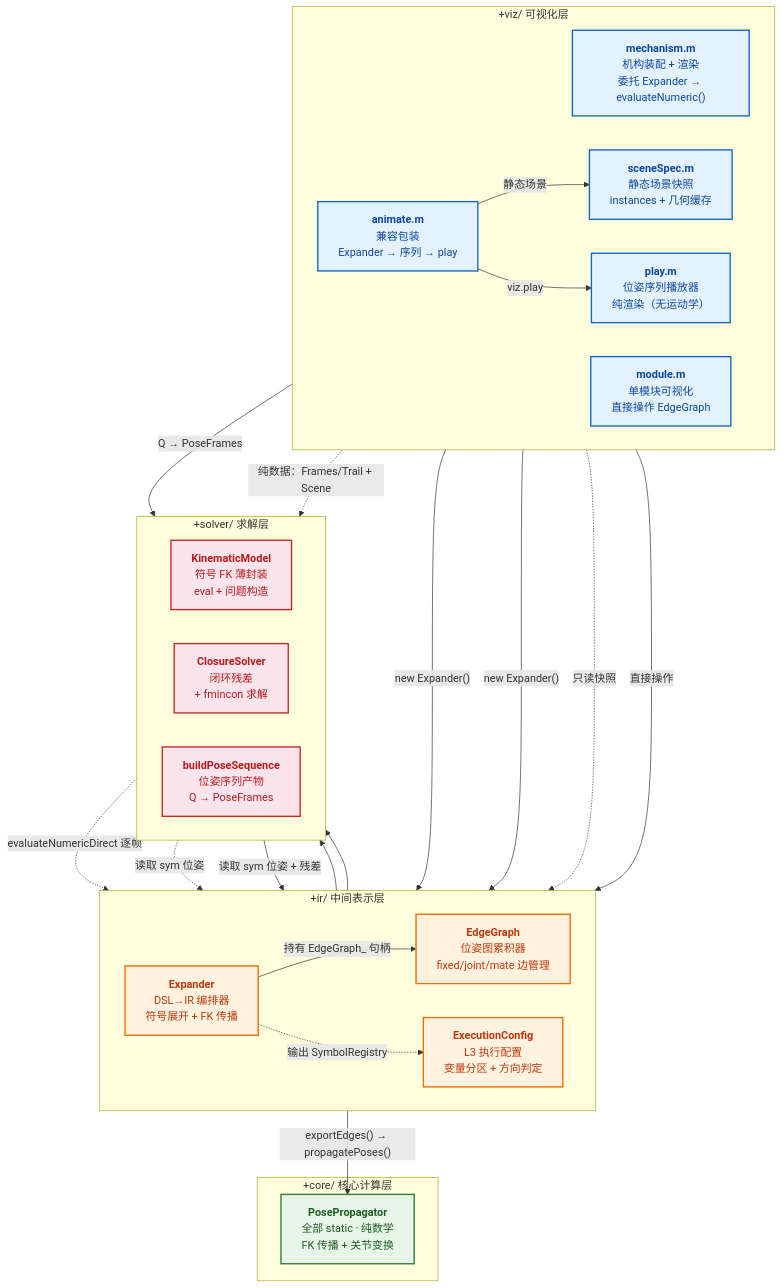
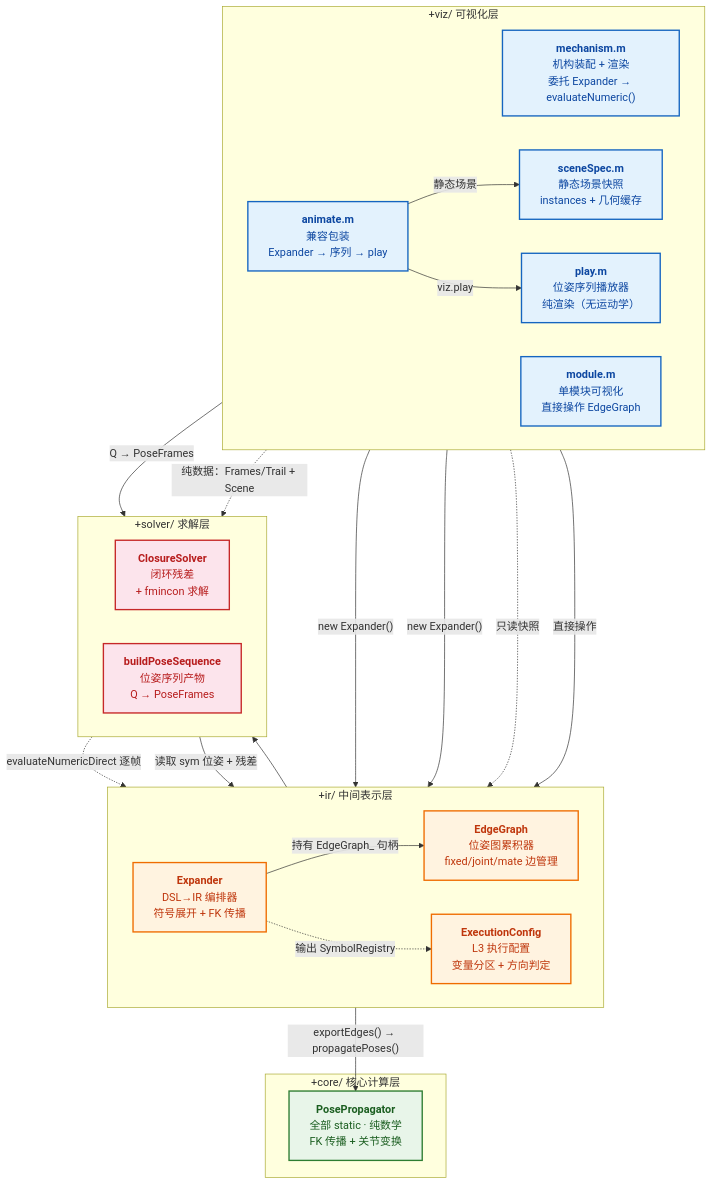
One commit to Axiom117/mrex_symbolic_kinematics changed the first of 6 diagrams in scripts/matlab/ARCHITECTURE.md. Above: the diagram before and after it, drawn with Mermaid. The commit also changed other lines of this file and 17 other files, not shown here.

````diff
--- a/scripts/matlab/ARCHITECTURE.md
+++ b/scripts/matlab/ARCHITECTURE.md
@@ -8,61 +8,58 @@
 ```mermaid
 graph TB
     %% ── 样式定义 ──
     classDef viz fill:#e3f2fd,stroke:#1565c0,stroke-width:2px,color:#0d47a1
     classDef ir  fill:#fff3e0,stroke:#ef6c00,stroke-width:2px,color:#bf360c
     classDef solver fill:#fce4ec,stroke:#c62828,stroke-width:2px,color:#b71c1c
     classDef core fill:#e8f5e9,stroke:#2e7d32,stroke-width:2px,color:#1b5e20
 
     %% ── 可视化层 ──
     subgraph viz_layer["+viz/ 可视化层"]
         direction LR
         mech["<b>mechanism.m</b><br/>机构装配 + 渲染<br/>委托 Expander → evaluateNumeric()"]
         mod["<b>module.m</b><br/>单模块可视化<br/>直接操作 EdgeGraph"]
         anim["<b>animate.m</b><br/>兼容包装<br/>Expander → 序列 → play"]
         play["<b>play.m</b><br/>位姿序列播放器<br/>纯渲染（无运动学）"]
         scenespec["<b>sceneSpec.m</b><br/>静态场景快照<br/>instances + 几何缓存"]
     end
 
     %% ── 中间表示层 ──
     subgraph ir_layer["+ir/ 中间表示层"]
         direction LR
         expander["<b>Expander</b><br/>DSL→IR 编排器<br/>符号展开 + FK 传播"]
         edgegraph["<b>EdgeGraph</b><br/>位姿图累积器<br/>fixed/joint/mate 边管理"]
         execcfg["<b>ExecutionConfig</b><br/>L3 执行配置<br/>变量分区 + 方向判定"]
     end
 
     %% ── 求解层 ──
     subgraph solver_layer["+solver/ 求解层"]
         direction LR
-        kinmodel["<b>KinematicModel</b><br/>符号 FK 薄封装<br/>eval + 问题构造"]
         closuresolver["<b>ClosureSolver</b><br/>闭环残差<br/>+ fmincon 求解"]
         buildseq["<b>buildPoseSequence</b><br/>位姿序列产物<br/>Q → PoseFrames"]
     end
 
     %% ── 核心计算层 ──
     subgraph core_layer["+core/ 核心计算层"]
         poseprop["<b>PosePropagator</b><br/>全部 static · 纯数学<br/>FK 传播 + 关节变换"]
     end
 
     %% ── 调用关系 ──
     mech & anim -->|"new Expander()"| expander
     anim -->|"Q → PoseFrames"| buildseq
     anim -->|"静态场景"| scenespec
     anim -->|"viz.play"| play
     buildseq -.->|"evaluateNumericDirect 逐帧"| expander
     scenespec -.->|"只读快照"| expander
     play -.->|"纯数据：Frames/Trail + Scene"| buildseq
     expander   -->|"持有 EdgeGraph_ 句柄"| edgegraph
     edgegraph  -->|"exportEdges() → propagatePoses()"| poseprop
     expander   -.->|"输出 SymbolRegistry"| execcfg
-    execcfg    --> kinmodel
     execcfg    --> closuresolver
-    kinmodel   -.->|"读取 sym 位姿"| edgegraph
     closuresolver -->|"读取 sym 位姿 + 残差"| edgegraph
     mod        -->|"直接操作"| edgegraph
 
     class mech,mod,anim,play,scenespec viz
     class expander,edgegraph,execcfg ir
-    class kinmodel,closuresolver,buildseq solver
+    class closuresolver,buildseq solver
     class poseprop core
 ```
````
